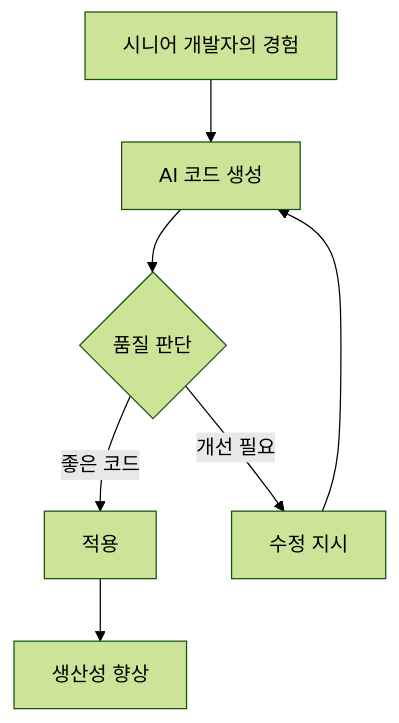
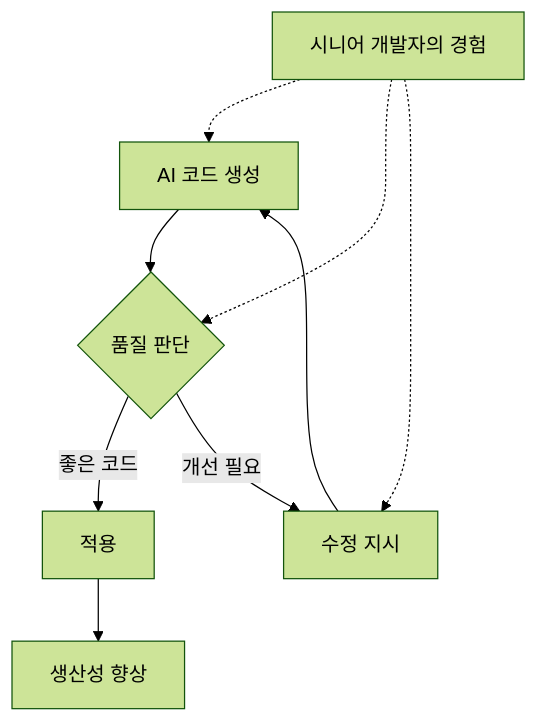
The fourth of 8 diagrams in _md/essentials-vibecoding/chapter01/01-1.md (nugurejeil/weniVooks), drawn with Mermaid (forest theme) before and after one commit. The commit also changed other lines of this file, not shown here.

````diff
--- a/_md/essentials-vibecoding/chapter01/01-1.md
+++ b/_md/essentials-vibecoding/chapter01/01-1.md
@@ -113,9 +109,11 @@
 ```mermaid
 flowchart TD
-    A["시니어 개발자의 경험"] --> B["AI 코드 생성"]
+    A["시니어 개발자의 경험"] -.-> B["AI 코드 생성"]
     B --> C{"품질 판단"}
     C -->|"좋은 코드"| D["적용"]
+    A -.-> C
+    A -.-> E
     C -->|"개선 필요"| E["수정 지시"]
     E --> B
     D --> F["생산성 향상"]
 ```
````
